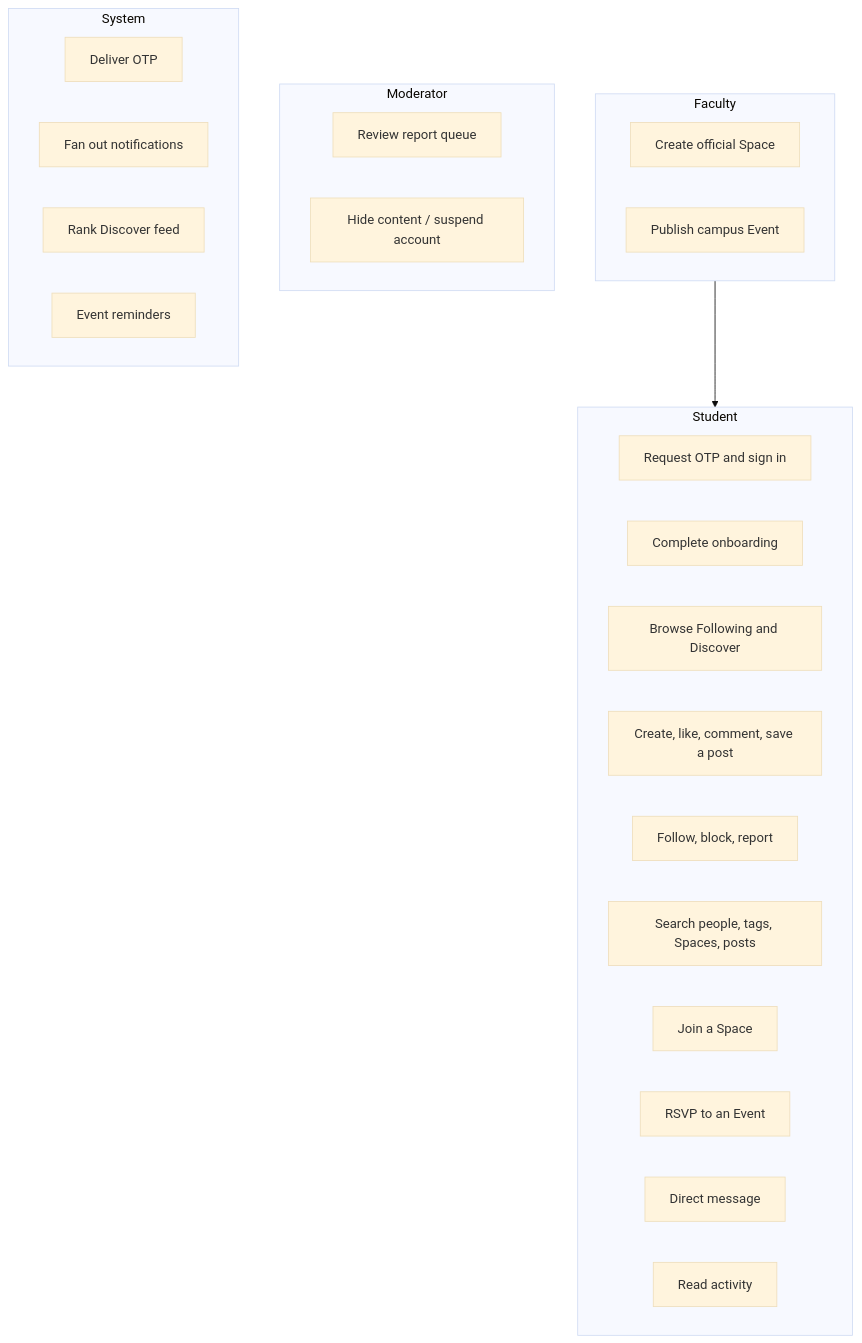
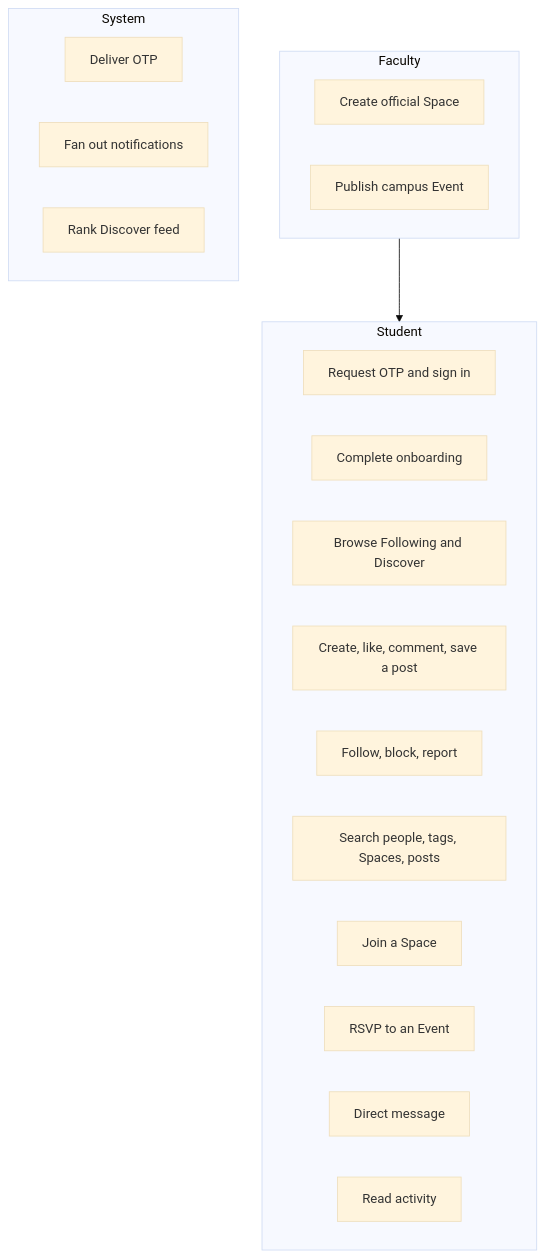
One commit to SSead/ibugram changed the diagram in docs/diagrams/02-figure-3-2-use-cases-by-actor.mmd. Above: the diagram before and after it, drawn with Mermaid (base theme). The commit also changed 49 other files, not shown here.

Commit message:
Align the thesis with the shipped app and split the schema diagrams so each fits a page.

```diff
--- a/docs/diagrams/02-figure-3-2-use-cases-by-actor.mmd
+++ b/docs/diagrams/02-figure-3-2-use-cases-by-actor.mmd
@@ -1,32 +1,26 @@
 flowchart TB
     subgraph StudentUC [Student]
         UC1[Request OTP and sign in]
         UC2[Complete onboarding]
         UC3[Browse Following and Discover]
         UC4[Create, like, comment, save a post]
         UC5[Follow, block, report]
         UC6[Search people, tags, Spaces, posts]
         UC7[Join a Space]
         UC8[RSVP to an Event]
         UC9[Direct message]
         UC10[Read activity]
     end
 
     subgraph FacultyUC [Faculty]
         UC11[Create official Space]
         UC12[Publish campus Event]
     end
 
-    subgraph ModUC [Moderator]
-        UC13[Review report queue]
-        UC14[Hide content / suspend account]
-    end
-
     subgraph SysUC [System]
         UC15[Deliver OTP]
         UC16[Fan out notifications]
         UC17[Rank Discover feed]
-        UC18[Event reminders]
     end
 
     FacultyUC --> StudentUC
```
